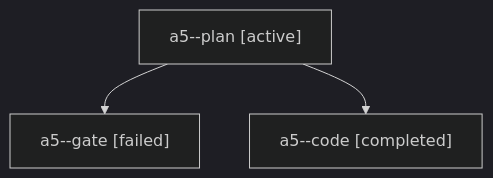
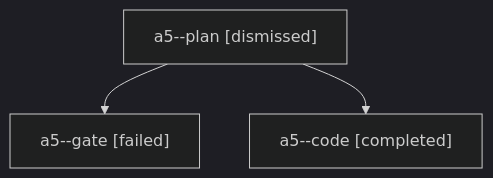
The diagram in sessions/bbugyi200.apollo.a5.md (bobs-org/bob-cli--agents), drawn with Mermaid (dark theme) before and after one commit. The commit also changed other lines of this file and 27 other files, not shown here.

````diff
--- a/sessions/bbugyi200.apollo.a5.md
+++ b/sessions/bbugyi200.apollo.a5.md
@@ -9,8 +9,8 @@
 ```mermaid
 flowchart TD
-  n0["a5--plan [active]"]
+  n0["a5--plan [dismissed]"]
   n1["a5--gate [failed]"]
   n0 --> n1
   n2["a5--code [completed]"]
   n0 --> n2
 ```
````
